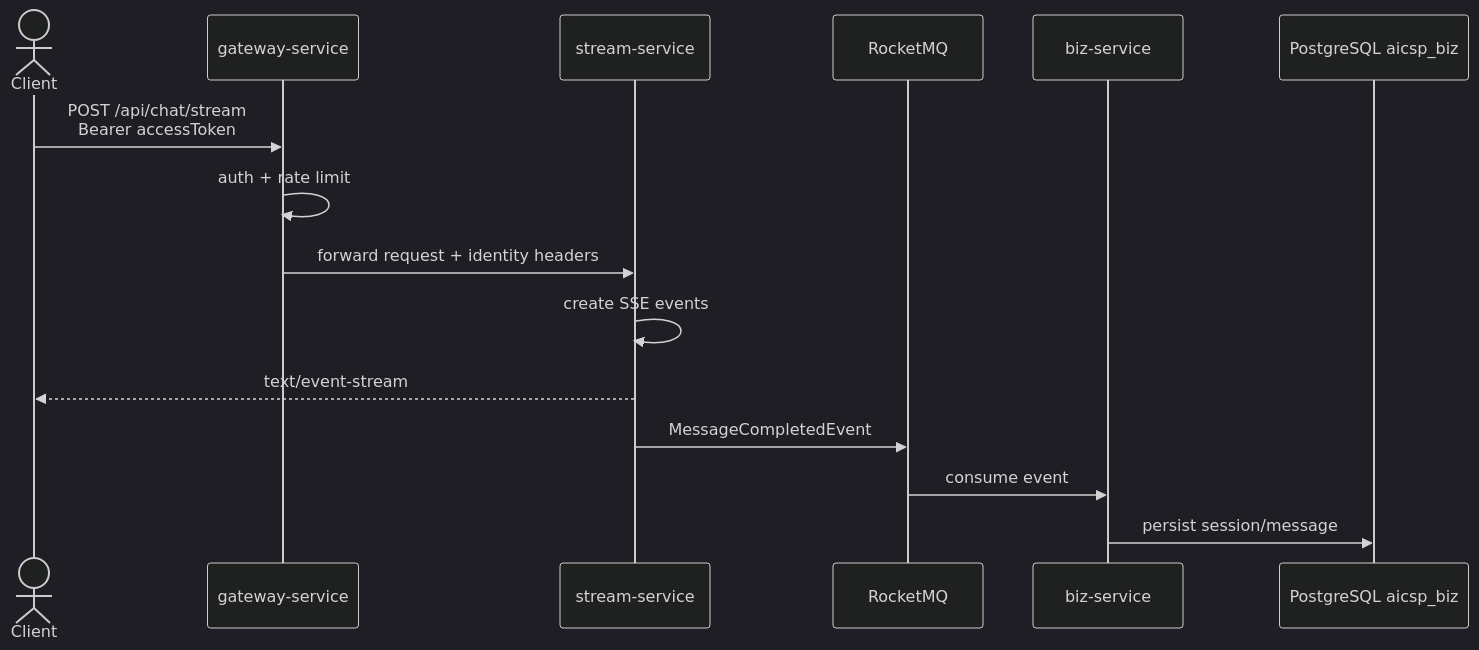
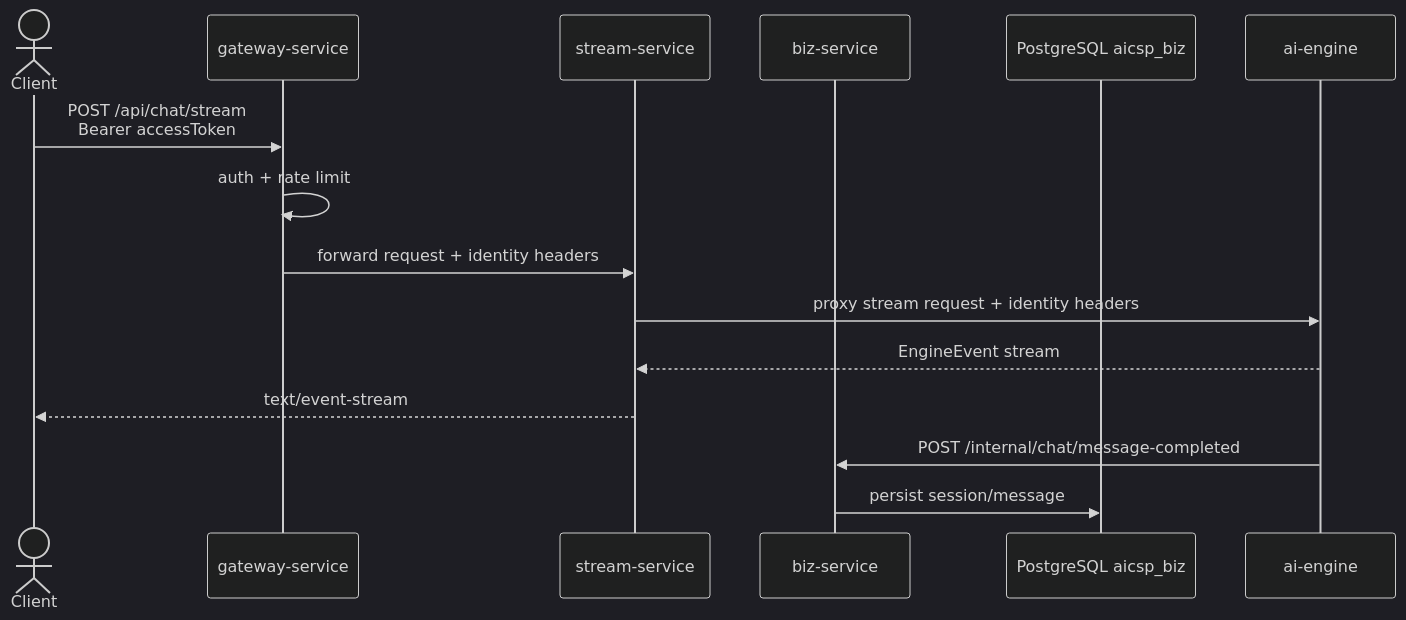
One commit to Pymjl/ai-customer-service-platform changed the third of 3 diagrams in README.md. Above: the diagram before and after it, drawn with Mermaid (dark theme). The commit also changed other lines of this file and 25 other files, not shown here.

````diff
--- a/README.md
+++ b/README.md
@@ -191,18 +194,18 @@
 ```mermaid
 sequenceDiagram
     actor Client
     participant Gateway as gateway-service
     participant Stream as stream-service
-    participant RocketMQ
     participant Biz as biz-service
     participant BizDB as PostgreSQL aicsp_biz
+    participant Python as ai-engine
 
     Client->>Gateway: POST /api/chat/stream<br/>Bearer accessToken
     Gateway->>Gateway: auth + rate limit
     Gateway->>Stream: forward request + identity headers
-    Stream->>Stream: create SSE events
+    Stream->>Python: proxy stream request + identity headers
+    Python-->>Stream: EngineEvent stream
     Stream-->>Client: text/event-stream
-    Stream->>RocketMQ: MessageCompletedEvent
-    RocketMQ->>Biz: consume event
+    Python->>Biz: POST /internal/chat/message-completed
     Biz->>BizDB: persist session/message
 ```
````
